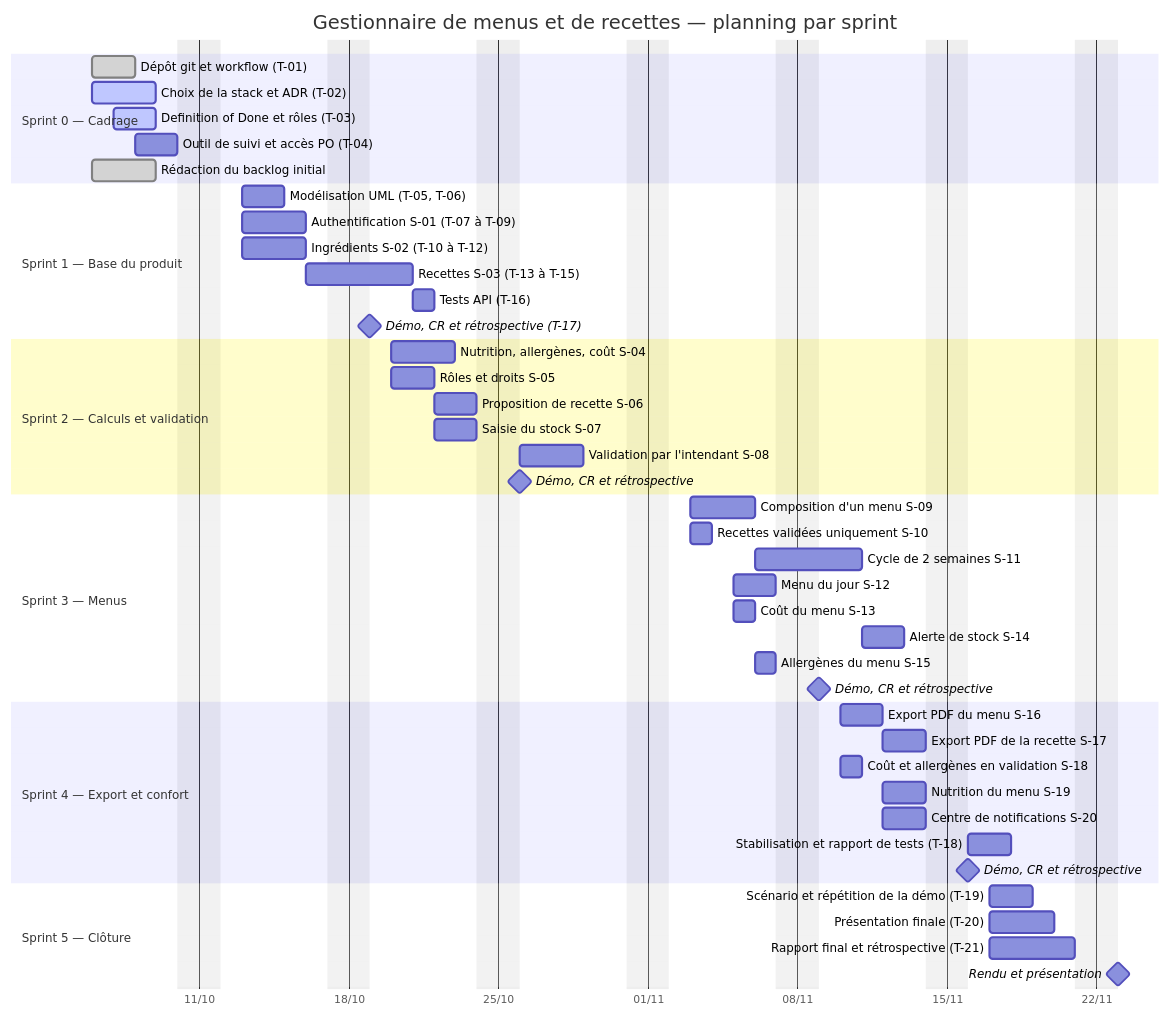
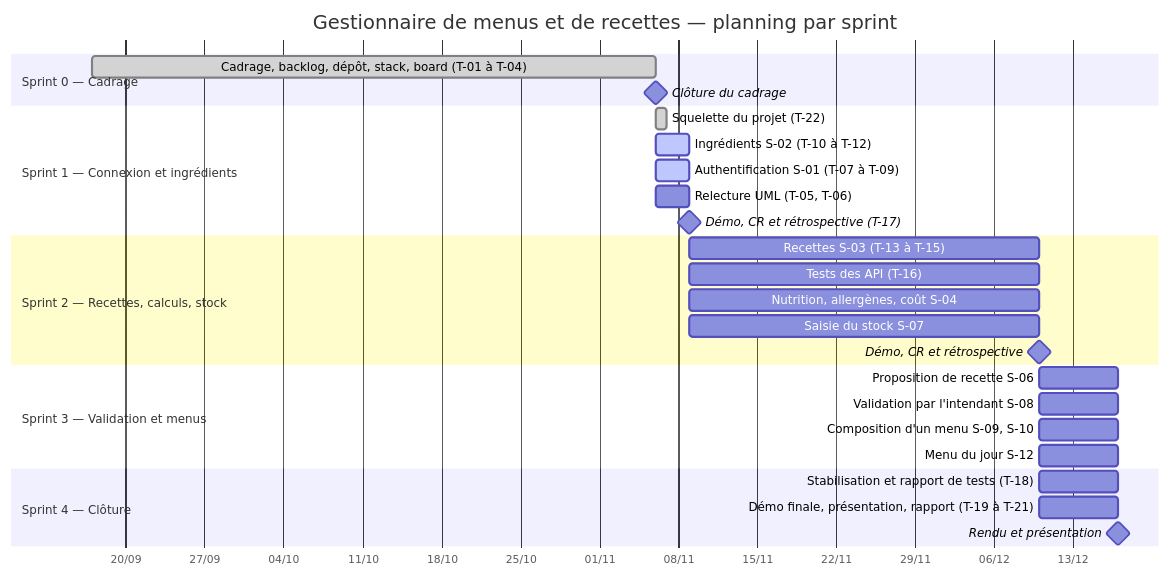
The diagram in docs/planning-gantt.md (bendhiab-younes/resto_crous_project), drawn with Mermaid before and after one commit. The commit also changed other lines of this file and 1 other file, not shown here.

Commit message:
docs(planning): recale le Gantt et le tableau des sprints sur le calendrier réel

````diff
--- a/docs/planning-gantt.md
+++ b/docs/planning-gantt.md
@@ -10,55 +10,35 @@
 ```mermaid
 gantt
     title Gestionnaire de menus et de recettes — planning par sprint
     dateFormat YYYY-MM-DD
     axisFormat %d/%m
-    excludes weekends
 
     section Sprint 0 — Cadrage
-    Dépôt git et workflow (T-01)              :done,    t01, 2026-10-06, 2d
-    Choix de la stack et ADR (T-02)           :active,  t02, 2026-10-06, 3d
-    Definition of Done et rôles (T-03)        :active,  t03, 2026-10-07, 2d
-    Outil de suivi et accès PO (T-04)         :         t04, 2026-10-08, 2d
-    Rédaction du backlog initial              :done,    bk0, 2026-10-06, 3d
+    Cadrage, backlog, dépôt, stack, board (T-01 à T-04) :done, s0, 2026-09-17, 2026-11-06
+    Clôture du cadrage                        :milestone, m0, 2026-11-06, 0d
 
-    section Sprint 1 — Base du produit
-    Modélisation UML (T-05, T-06)             :         t05, 2026-10-13, 2d
-    Authentification S-01 (T-07 à T-09)       :         s01, 2026-10-13, 3d
-    Ingrédients S-02 (T-10 à T-12)            :         s02, 2026-10-13, 3d
-    Recettes S-03 (T-13 à T-15)               :         s03, after s02, 3d
-    Tests API (T-16)                          :         t16, after s03, 1d
-    Démo, CR et rétrospective (T-17)          :milestone, m1, 2026-10-19, 0d
+    section Sprint 1 — Connexion et ingrédients
+    Squelette du projet (T-22)                :done,    t22, 2026-11-06, 1d
+    Ingrédients S-02 (T-10 à T-12)            :active,  s02, 2026-11-06, 2026-11-09
+    Authentification S-01 (T-07 à T-09)       :active,  s01, 2026-11-06, 2026-11-09
+    Relecture UML (T-05, T-06)                :         t05, 2026-11-06, 2026-11-09
+    Démo, CR et rétrospective (T-17)          :milestone, m1, 2026-11-09, 0d
 
-    section Sprint 2 — Calculs et validation
-    Nutrition, allergènes, coût S-04          :         s04, 2026-10-20, 3d
-    Rôles et droits S-05                      :         s05, 2026-10-20, 2d
-    Proposition de recette S-06               :         s06, 2026-10-22, 2d
-    Saisie du stock S-07                      :         s07, 2026-10-22, 2d
-    Validation par l'intendant S-08           :         s08, after s07, 3d
-    Démo, CR et rétrospective                 :milestone, m2, 2026-10-26, 0d
+    section Sprint 2 — Recettes, calculs, stock
+    Recettes S-03 (T-13 à T-15)               :         s03, 2026-11-09, 2026-12-10
+    Tests des API (T-16)                      :         t16, 2026-11-09, 2026-12-10
+    Nutrition, allergènes, coût S-04          :         s04, 2026-11-09, 2026-12-10
+    Saisie du stock S-07                      :         s07, 2026-11-09, 2026-12-10
+    Démo, CR et rétrospective                 :milestone, m2, 2026-12-10, 0d
 
-    section Sprint 3 — Menus
-    Composition d'un menu S-09                :         s09, 2026-11-03, 3d
-    Recettes validées uniquement S-10         :         s10, 2026-11-03, 1d
-    Cycle de 2 semaines S-11                  :         s11, after s09, 3d
-    Menu du jour S-12                         :         s12, 2026-11-05, 2d
-    Coût du menu S-13                         :         s13, 2026-11-05, 1d
-    Alerte de stock S-14                      :         s14, after s11, 2d
-    Allergènes du menu S-15                   :         s15, 2026-11-06, 1d
-    Démo, CR et rétrospective                 :milestone, m3, 2026-11-09, 0d
+    section Sprint 3 — Validation et menus
+    Proposition de recette S-06               :         s06, 2026-12-10, 2026-12-17
+    Validation par l'intendant S-08           :         s08, 2026-12-10, 2026-12-17
+    Composition d'un menu S-09, S-10          :         s09, 2026-12-10, 2026-12-17
+    Menu du jour S-12                         :         s12, 2026-12-10, 2026-12-17
 
-    section Sprint 4 — Export et confort
-    Export PDF du menu S-16                   :         s16, 2026-11-10, 2d
-    Export PDF de la recette S-17             :         s17, after s16, 2d
-    Coût et allergènes en validation S-18     :         s18, 2026-11-10, 1d
-    Nutrition du menu S-19                    :         s19, 2026-11-12, 2d
-    Centre de notifications S-20              :         s20, 2026-11-12, 2d
-    Stabilisation et rapport de tests (T-18)  :         t18, after s19, 2d
-    Démo, CR et rétrospective                 :milestone, m4, 2026-11-16, 0d
-
-    section Sprint 5 — Clôture
-    Scénario et répétition de la démo (T-19)  :         t19, 2026-11-17, 2d
-    Présentation finale (T-20)                :         t20, 2026-11-17, 3d
-    Rapport final et rétrospective (T-21)     :         t21, 2026-11-17, 4d
-    Rendu et présentation                     :milestone, fin, 2026-11-23, 0d
+    section Sprint 4 — Clôture
+    Stabilisation et rapport de tests (T-18)  :         t18, 2026-12-10, 2026-12-17
+    Démo finale, présentation, rapport (T-19 à T-21) :  t19, 2026-12-10, 2026-12-17
+    Rendu et présentation                     :milestone, fin, 2026-12-17, 0d
 ```
````
